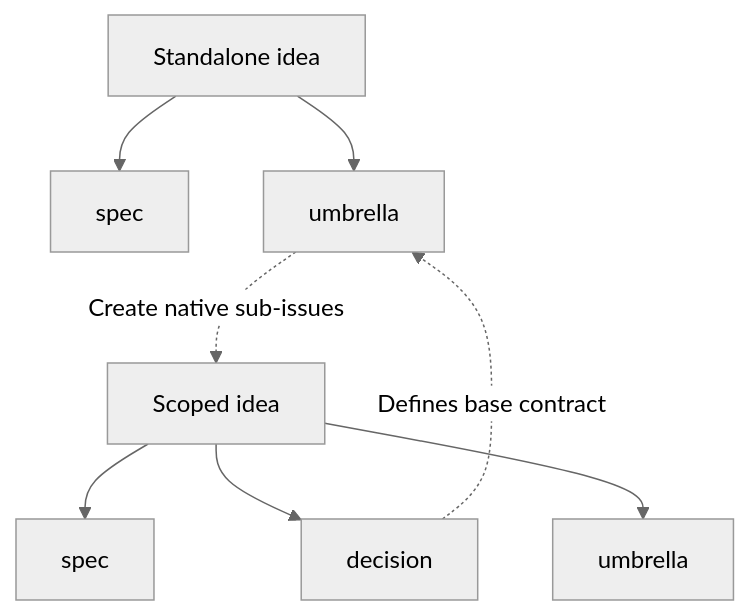
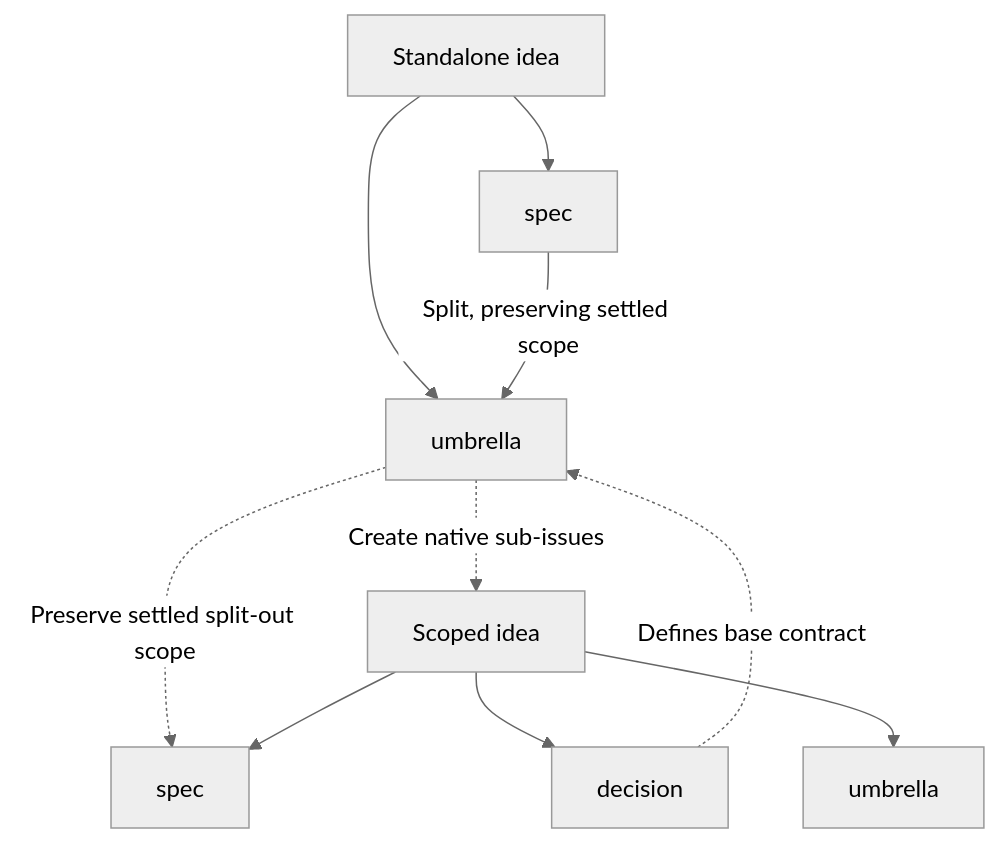
Before and after one commit to dhhyi/recipe-db: the diagram in CONTRIBUTING.md, drawn with Mermaid (neutral theme). The commit also changed other lines of this file and 2 other files, not shown here.

````diff
--- a/CONTRIBUTING.md
+++ b/CONTRIBUTING.md
@@ -14,10 +18,12 @@
 ```mermaid
 flowchart TD
     Idea[Standalone idea] --> Spec[spec]
     Idea --> Umbrella[umbrella]
+    Spec -->|Split, preserving settled scope| Umbrella
     Umbrella -.->|Create native sub-issues| Child[Scoped idea]
+    Umbrella -.->|Preserve settled split-out scope| ChildSpec[spec]
     Child --> ChildSpec[spec]
     Child --> Decision[decision]
     Child --> Nested[umbrella]
     Decision -.->|Defines base contract| Umbrella
 ```
````
